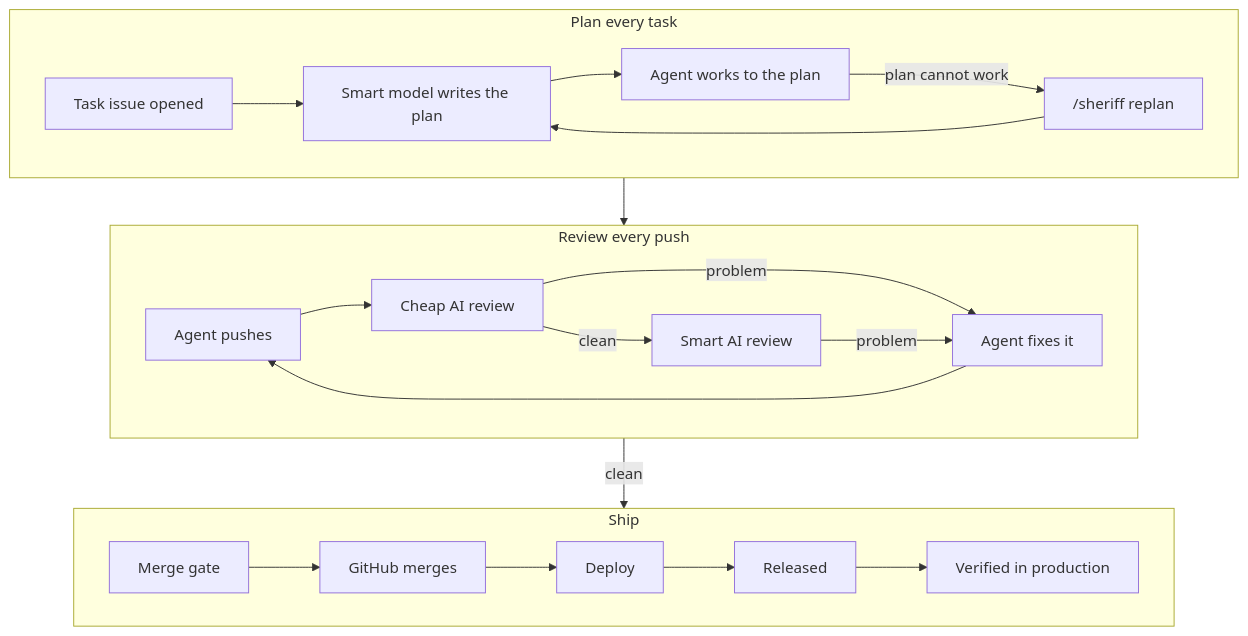
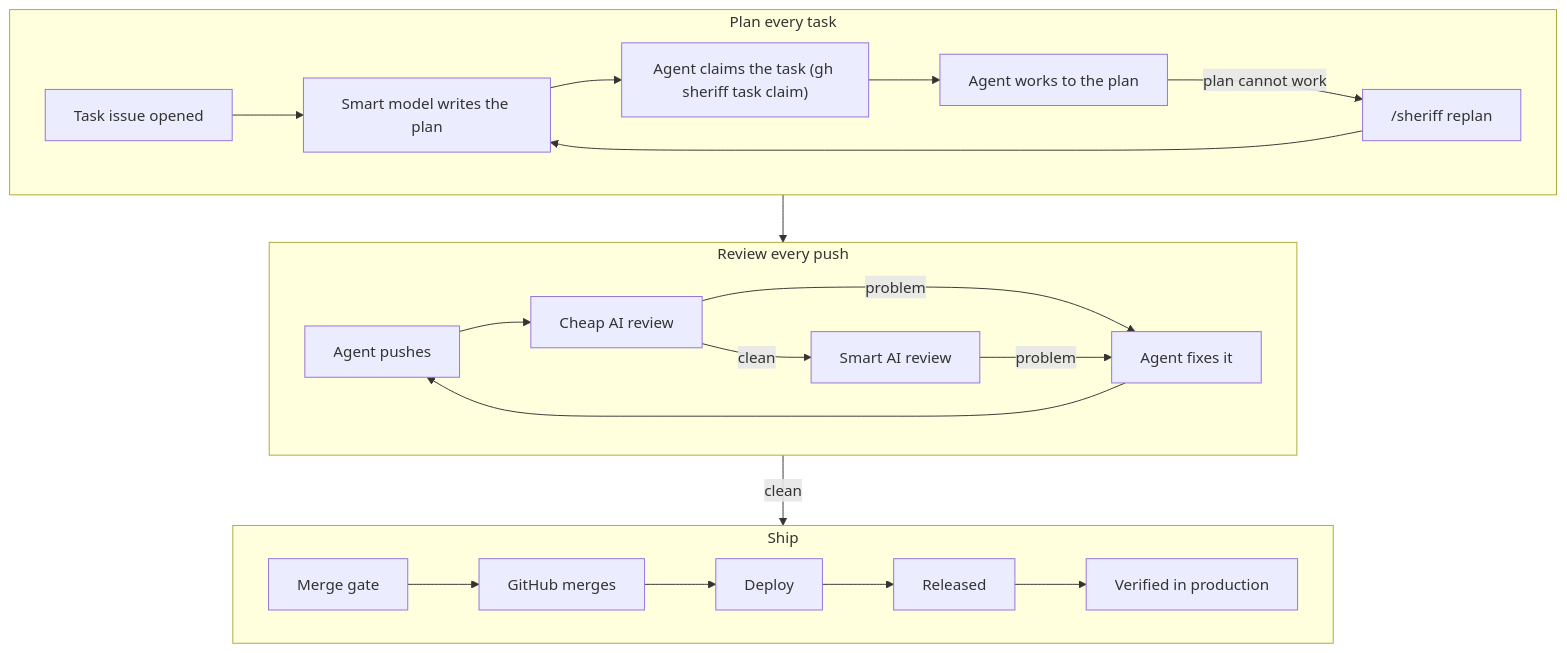
One commit to nick-the-dev/gh-sheriff changed the diagram in README.md. Above: the diagram before and after it, drawn with Mermaid. The commit also changed other lines of this file and 5 other files, not shown here.

First line of the commit message:
feat(work): claim a task before work starts; status lists ready tasks and claimants (v1.2.0) (#2)

````diff
--- a/README.md
+++ b/README.md
@@ -40,21 +41,21 @@
 ```mermaid
 flowchart TB
     subgraph PLAN["Plan every task"]
         direction LR
-        I["Task issue opened"] --> P["Smart model writes the plan"] --> W["Agent works to the plan"]
+        I["Task issue opened"] --> P["Smart model writes the plan"] --> K["Agent claims the task (gh sheriff task claim)"] --> W["Agent works to the plan"]
         W -->|"plan cannot work"| R["/sheriff replan"] --> P
     end
     subgraph REVIEW["Review every push"]
         direction LR
         A["Agent pushes"] --> B["Cheap AI review"] -->|clean| C["Smart AI review"]
         B -->|problem| X["Agent fixes it"]
         C -->|problem| X
         X --> A
     end
     subgraph SHIP["Ship"]
         direction LR
         D["Merge gate"] --> E["GitHub merges"] --> F["Deploy"] --> G["Released"] --> H["Verified in production"]
     end
     PLAN --> REVIEW
     REVIEW -->|clean| SHIP
 ```
````
